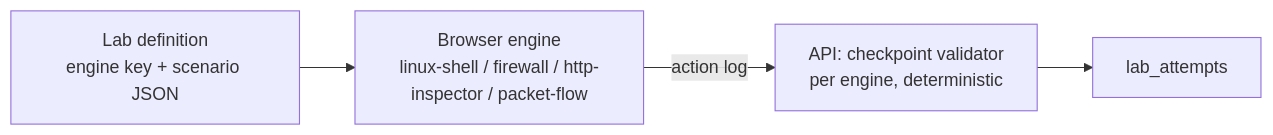
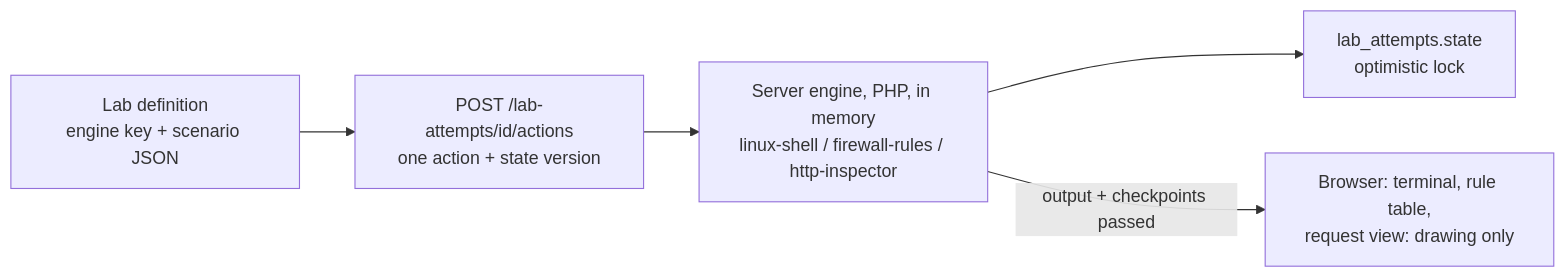
Before and after one commit to VoHieu906/Cyber-Compass: the second of 3 diagrams in docs/ARCHITECTURE.md, drawn with Mermaid. The commit also changed other lines of this file and 3 other files, not shown here.

````diff
--- a/docs/ARCHITECTURE.md
+++ b/docs/ARCHITECTURE.md
@@ -183,6 +183,7 @@
 ```mermaid
 flowchart LR
-  L[Lab definition<br/>engine key + scenario JSON] --> E[Browser engine<br/>linux-shell / firewall / http-inspector / packet-flow]
-  E -->|action log| V[API: checkpoint validator<br/>per engine, deterministic]
-  V --> P[lab_attempts]
+  L[Lab definition<br/>engine key + scenario JSON] --> A[POST /lab-attempts/id/actions<br/>one action + state version]
+  A --> E[Server engine, PHP, in memory<br/>linux-shell / firewall-rules / http-inspector]
+  E --> S[lab_attempts.state<br/>optimistic lock]
+  E -->|output + checkpoints passed| B[Browser: terminal, rule table,<br/>request view: drawing only]
 ```
````
